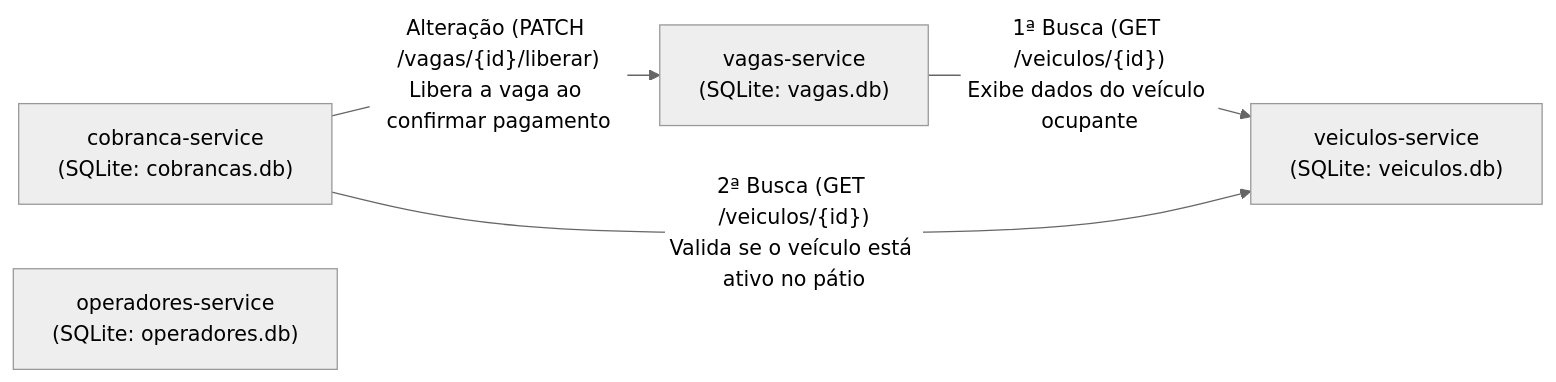
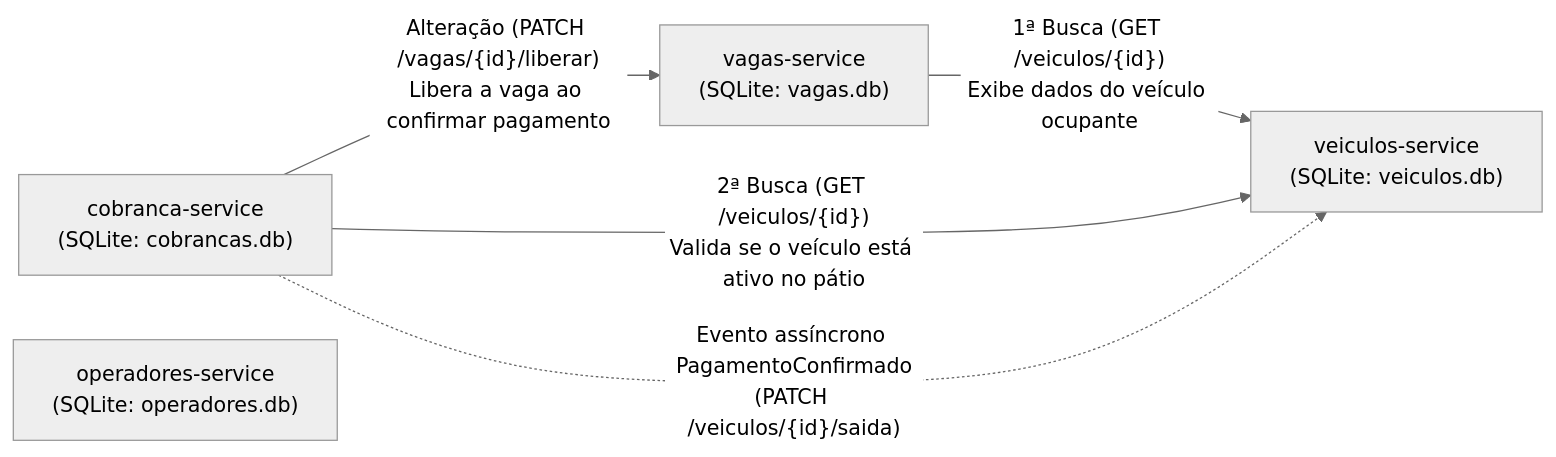
One commit to rafafrassetto/Projeto-Arquitetura-De-Software changed the diagram in README.md. Above: the diagram before and after it, drawn with Mermaid (neutral theme). The commit also changed other lines of this file and 22 other files, not shown here.

````diff
--- a/README.md
+++ b/README.md
@@ -93,11 +98,12 @@
 ```mermaid
 flowchart LR
     Vagas["vagas-service\n(SQLite: vagas.db)"]
     Veiculos["veiculos-service\n(SQLite: veiculos.db)"]
     Cobranca["cobranca-service\n(SQLite: cobrancas.db)"]
     Operadores["operadores-service\n(SQLite: operadores.db)"]
 
     Vagas -- "1ª Busca (GET /veiculos/{id})\nExibe dados do veículo ocupante" --> Veiculos
     Cobranca -- "2ª Busca (GET /veiculos/{id})\nValida se o veículo está ativo no pátio" --> Veiculos
     Cobranca -- "Alteração (PATCH /vagas/{id}/liberar)\nLibera a vaga ao confirmar pagamento" --> Vagas
+    Cobranca -. "Evento assíncrono PagamentoConfirmado\n(PATCH /veiculos/{id}/saida)" .-> Veiculos
 ```
````
